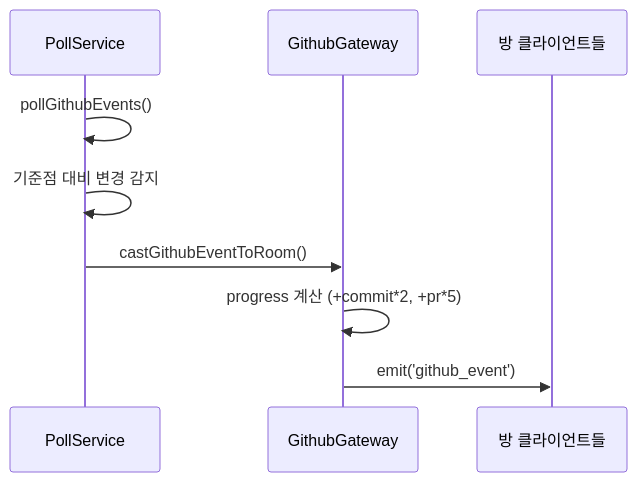
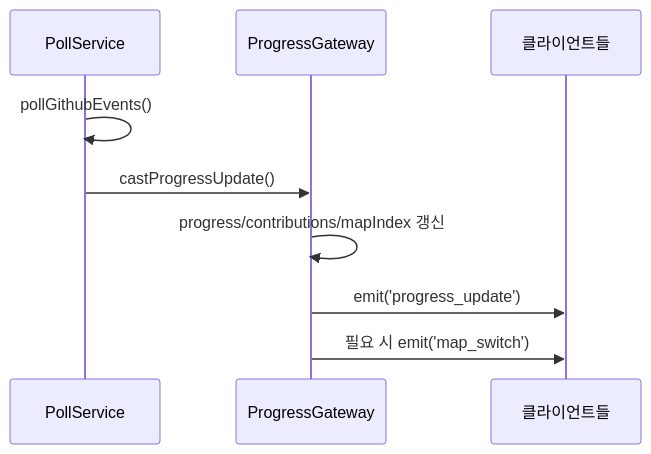
One commit to boostcampwm2025/web19-estrogenquattro changed the third of 3 diagrams in docs/architecture/BACKEND_MODULES.md. Above: the diagram before and after it, drawn with Mermaid. The commit also changed other lines of this file and 97 other files, not shown here.

````diff
--- a/docs/architecture/BACKEND_MODULES.md
+++ b/docs/architecture/BACKEND_MODULES.md
@@ -291,12 +306,12 @@
 ```mermaid
 sequenceDiagram
     participant Poll as PollService
-    participant GW as GithubGateway
-    participant Room as 방 클라이언트들
+    participant GW as ProgressGateway
+    participant Room as 클라이언트들
 
     Poll->>Poll: pollGithubEvents()
-    Poll->>Poll: 기준점 대비 변경 감지
-    Poll->>GW: castGithubEventToRoom()
-    GW->>GW: progress 계산 (+commit*2, +pr*5)
-    GW->>Room: emit('github_event')
+    Poll->>GW: castProgressUpdate()
+    GW->>GW: progress/contributions/mapIndex 갱신
+    GW->>Room: emit('progress_update')
+    GW->>Room: 필요 시 emit('map_switch')
 ```
````
